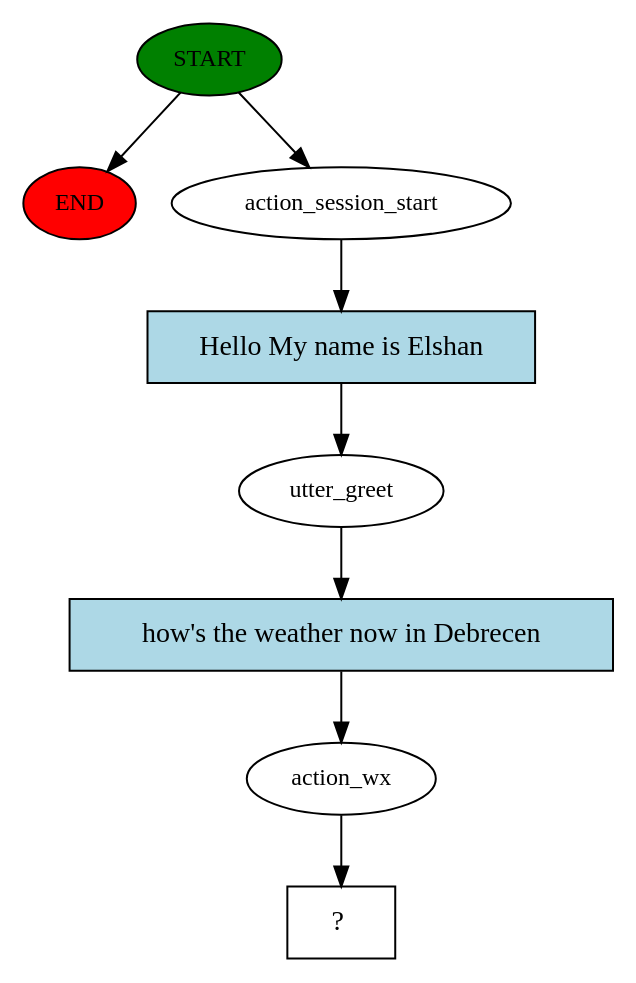
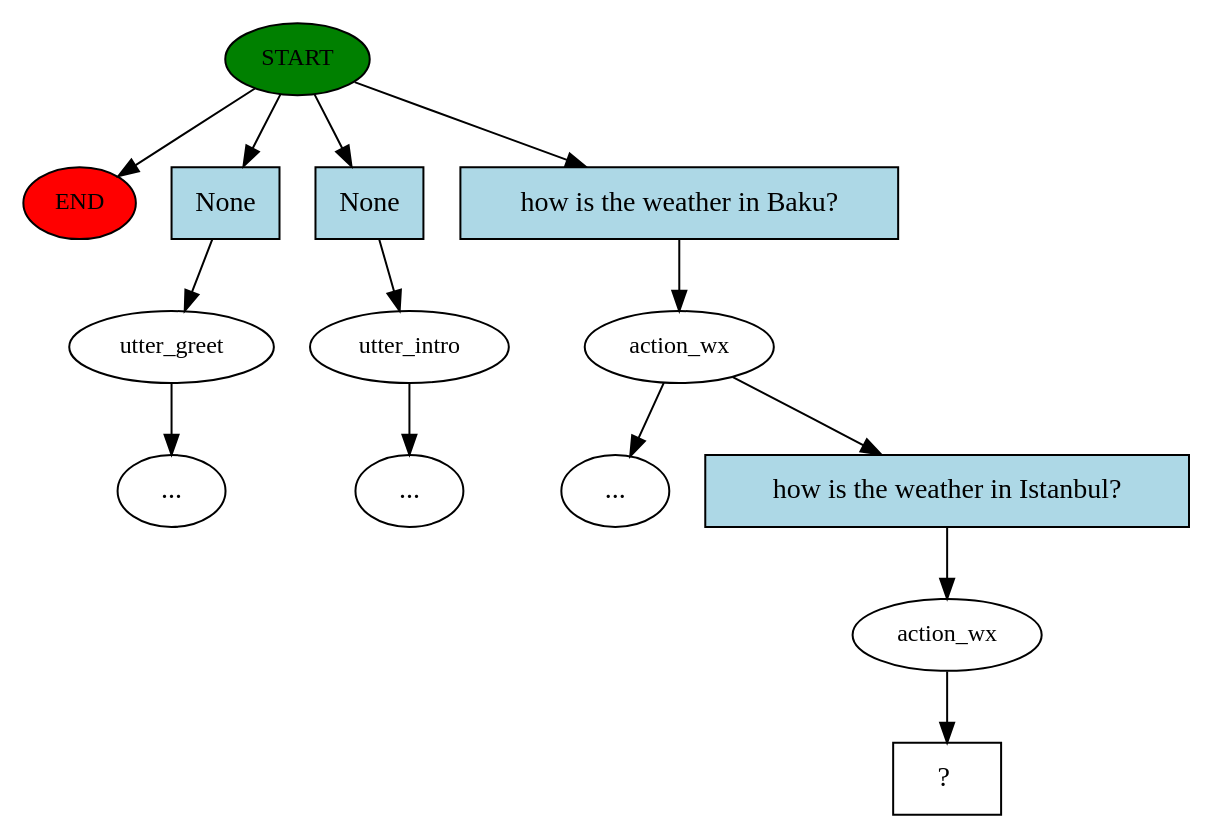
One commit to BenjaminBaffy/context-aware-personal-assistant changed the diagram in backend/assistant_core/story_graph.dot. Above: the diagram before and after it, drawn with Graphviz. The commit also changed 15 other files, not shown here.

```diff
--- a/backend/assistant_core/story_graph.dot
+++ b/backend/assistant_core/story_graph.dot
@@ -1,17 +1,29 @@
 digraph  {
 0 [class="start active", fillcolor=green, fontsize=12, label=START, style=filled];
 "-1" [class=end, fillcolor=red, fontsize=12, label=END, style=filled];
-1 [class=active, fontsize=12, label=action_session_start];
-2 [class=active, fontsize=12, label=utter_greet];
-3 [class=active, fontsize=12, label=action_wx];
-4 [class="intent dashed active", label="  ?  ", shape=rect];
-5 [class="intent active", fillcolor=lightblue, label="Hello My name is Elshan", shape=rect, style=filled];
-6 [class="intent active", fillcolor=lightblue, label="how's the weather now in Debrecen", shape=rect, style=filled];
+1 [class="", fontsize=12, label=utter_greet];
+2 [class="", fontsize=12, label=utter_intro];
+"-4" [class=ellipsis, label="..."];
+5 [class=active, fontsize=12, label=action_wx];
+"-7" [class=ellipsis, label="..."];
+"-9" [class=ellipsis, label="..."];
+9 [class=active, fontsize=12, label=action_wx];
+10 [class="intent dashed active", label="  ?  ", shape=rect];
+11 [class=intent, fillcolor=lightblue, label=None, shape=rect, style=filled];
+12 [class=intent, fillcolor=lightblue, label=None, shape=rect, style=filled];
+13 [class="intent active", fillcolor=lightblue, label="how is the weather in Baku?", shape=rect, style=filled];
+14 [class="intent active", fillcolor=lightblue, label="how is the weather in Istanbul?", shape=rect, style=filled];
 0 -> "-1"  [class="", key=NONE, label=""];
-0 -> 1  [class=active, key=NONE, label=""];
-1 -> 5  [class=active, key=0];
-2 -> 6  [class=active, key=0];
-3 -> 4  [class=active, key=NONE, label=""];
-5 -> 2  [class=active, key=0];
-6 -> 3  [class=active, key=0];
+0 -> 11  [class="", key=0];
+0 -> 12  [class="", key=0];
+0 -> 13  [class=active, key=0];
+1 -> "-9"  [class="", key=NONE, label=""];
+2 -> "-4"  [class="", key=NONE, label=""];
+5 -> "-7"  [class="", key=NONE, label=""];
+5 -> 14  [class=active, key=0];
+9 -> 10  [class=active, key=NONE, label=""];
+11 -> 1  [class="", key=0];
+12 -> 2  [class="", key=0];
+13 -> 5  [class=active, key=0];
+14 -> 9  [class=active, key=0];
 }
```
